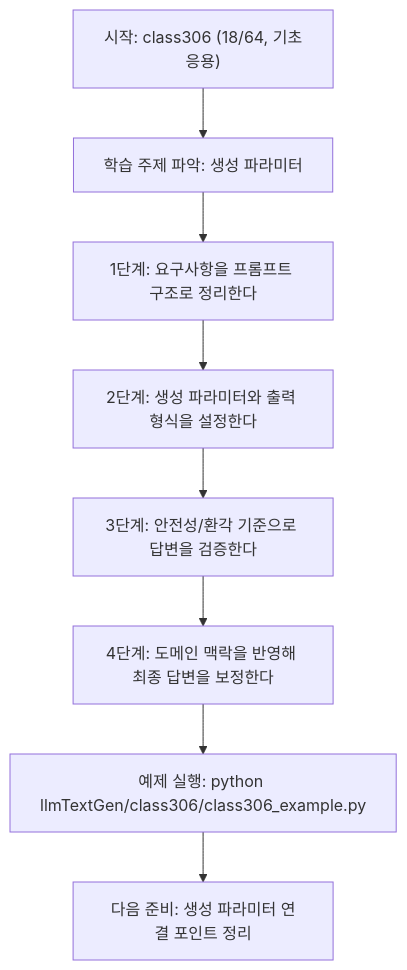
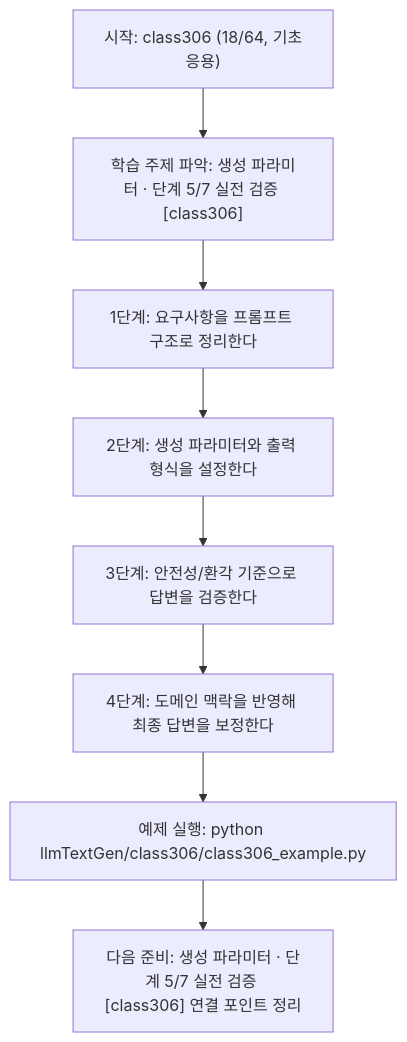
Before and after one commit to edumgt/Python-AI_Agent-Class: the diagram in llmTextGen/class306/class306.md, drawn with Mermaid. The commit also changed other lines of this file and 522 other files, not shown here.

````diff
--- a/llmTextGen/class306/class306.md
+++ b/llmTextGen/class306/class306.md
@@ -112,18 +113,18 @@
 ```mermaid
 flowchart TD
 N1["시작: class306 (18/64, 기초응용)"]
-N2["학습 주제 파악: 생성 파라미터"]
+N2["학습 주제 파악: 생성 파라미터 · 단계 5/7 실전 검증 [class306]"]
 N3["1단계: 요구사항을 프롬프트 구조로 정리한다"]
 N4["2단계: 생성 파라미터와 출력 형식을 설정한다"]
 N5["3단계: 안전성/환각 기준으로 답변을 검증한다"]
 N6["4단계: 도메인 맥락을 반영해 최종 답변을 보정한다"]
 N7["예제 실행: python llmTextGen/class306/class306_example.py"]
-N8["다음 준비: 생성 파라미터 연결 포인트 정리"]
+N8["다음 준비: 생성 파라미터 · 단계 5/7 실전 검증 [class306] 연결 포인트 정리"]
 N1 --> N2
 N2 --> N3
 N3 --> N4
 N4 --> N5
 N5 --> N6
 N6 --> N7
 N7 --> N8
 ```
````
